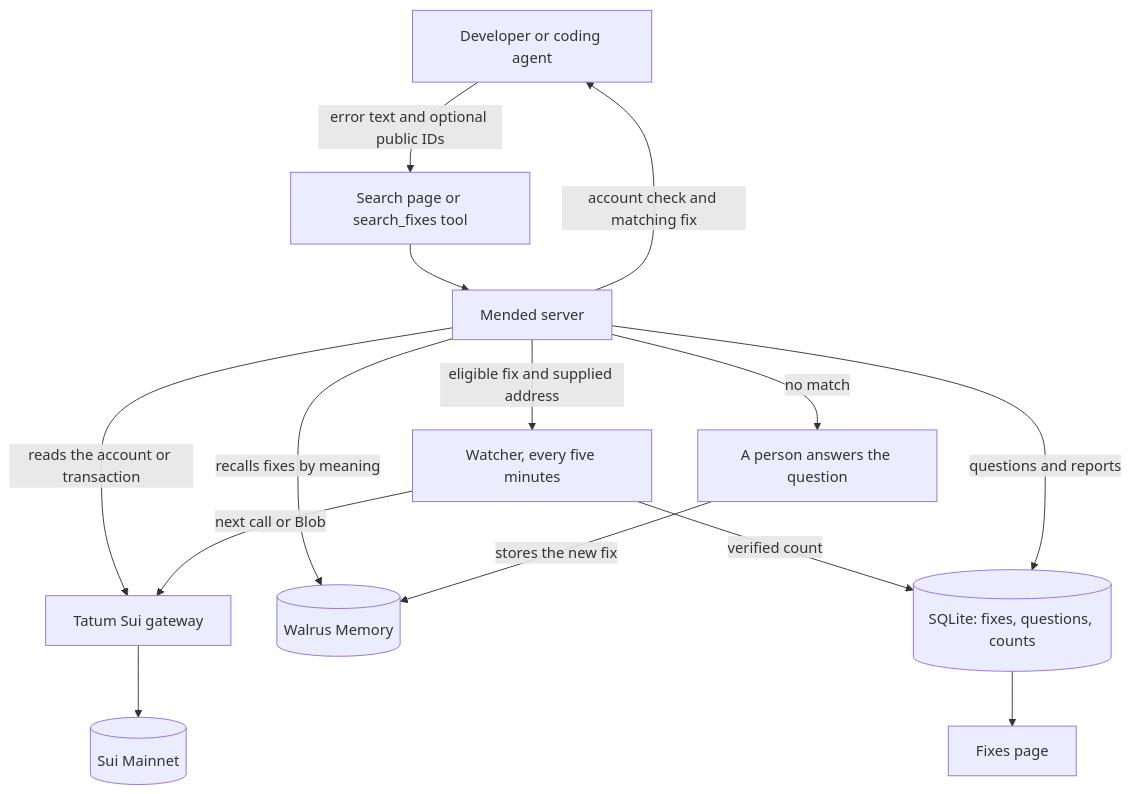
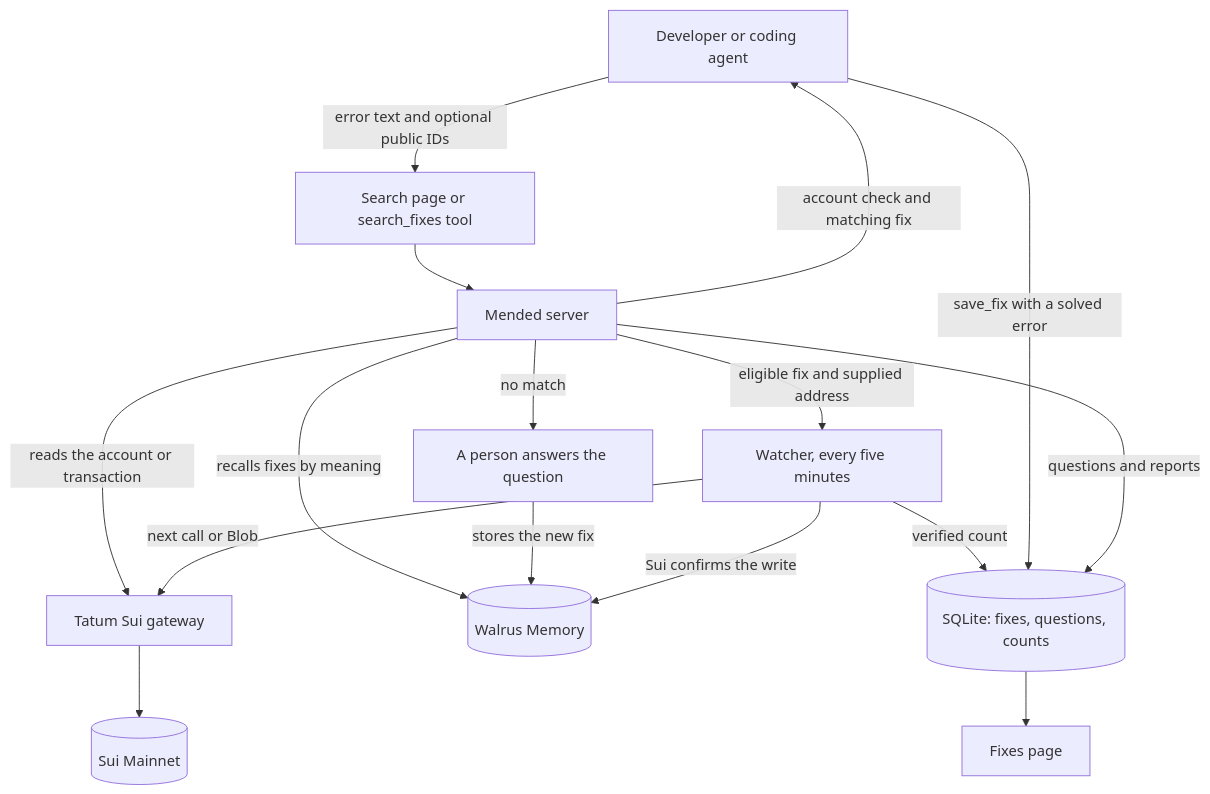
One commit to Timidan/mended changed the diagram in README.md. Above: the diagram before and after it, drawn with Mermaid. The commit also changed other lines of this file and 26 other files, not shown here.

First line of the commit message:
Let agents save fixes, gated by Sui, and add dark mode

````diff
--- a/README.md
+++ b/README.md
@@ -57,16 +64,18 @@
 ```mermaid
 flowchart TD
   D[Developer or coding agent] -->|error text and optional public IDs| S[Search page or search_fixes tool]
   S --> M[Mended server]
   M -->|reads the account or transaction| T[Tatum Sui gateway]
   T --> C[(Sui Mainnet)]
   M -->|recalls fixes by meaning| W[(Walrus Memory)]
   M -->|account check and matching fix| D
   M -->|eligible fix and supplied address| V[Watcher, every five minutes]
   V -->|next call or Blob| T
   M -->|no match| P[A person answers the question]
   P -->|stores the new fix| W
   V -->|verified count| Q[(SQLite: fixes, questions, counts)]
+  D -->|save_fix with a solved error| Q
+  V -->|Sui confirms the write| W
   M -->|questions and reports| Q
   Q --> F[Fixes page]
 ```
````
